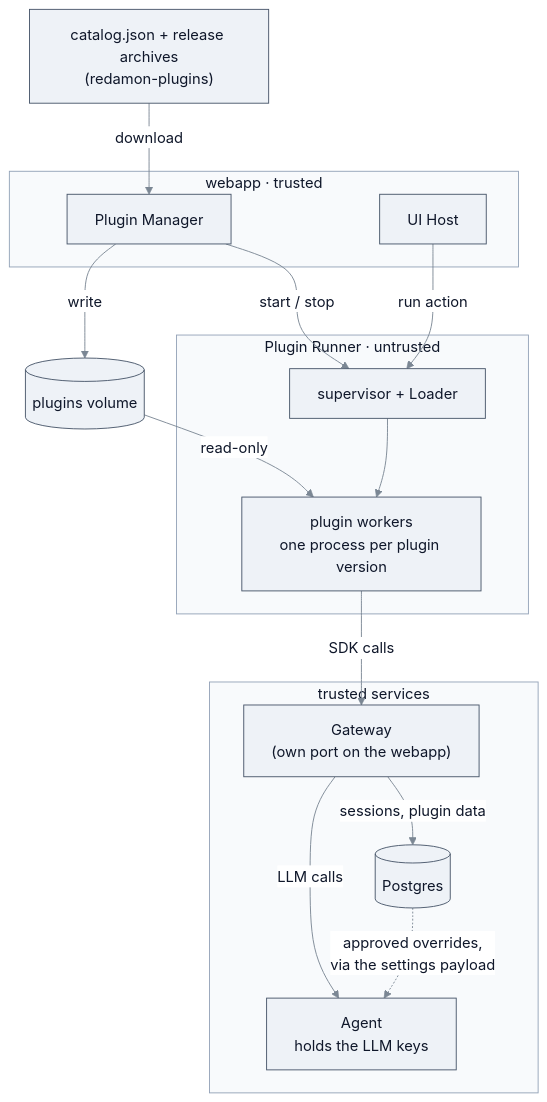
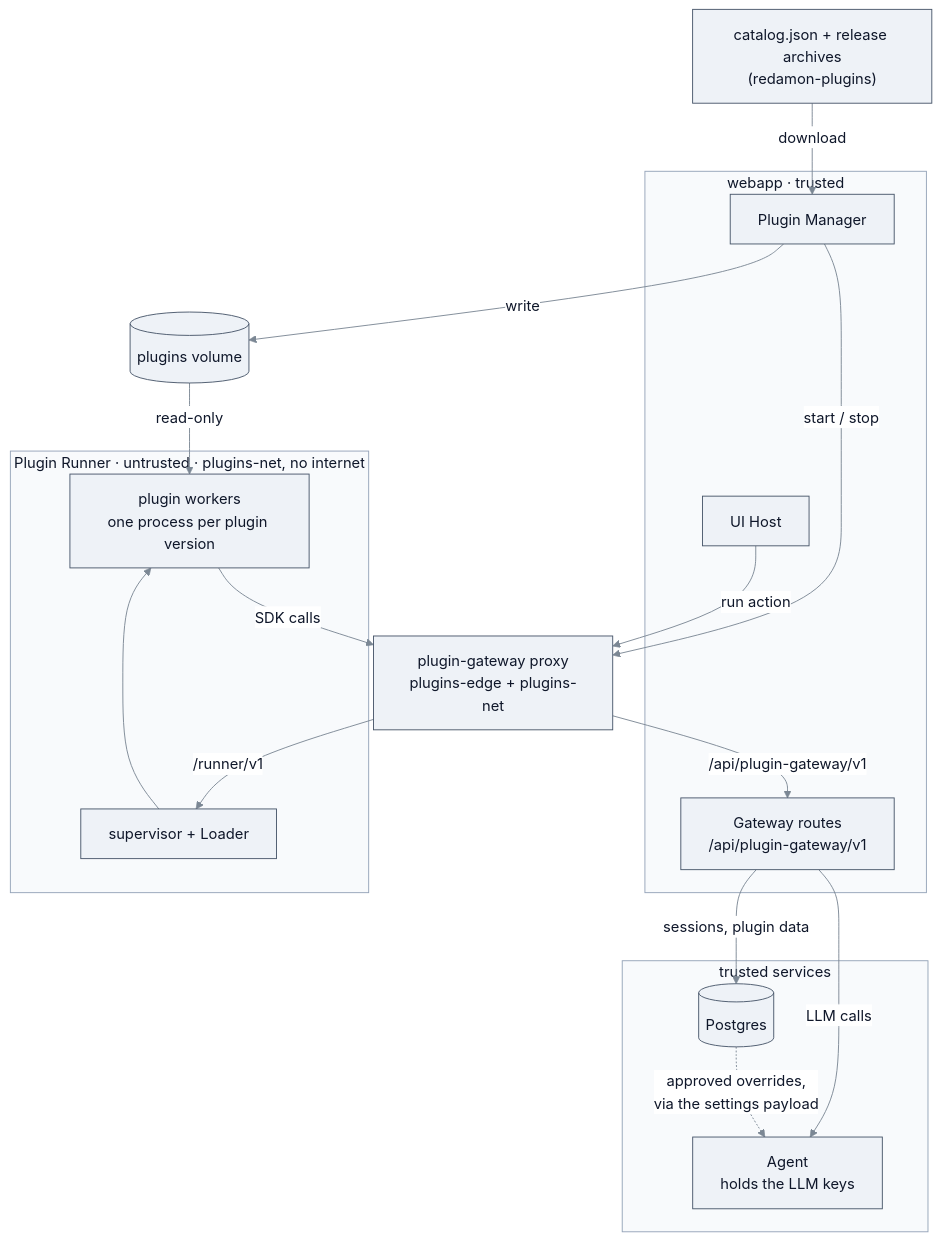
Before and after one commit to EntroVyx/redamon: the third of 16 diagrams in docs/readmes/README.PLUGINS.md, drawn with Mermaid. The commit also changed other lines of this file and 1 other file, not shown here.

First line of the commit message:
docs(plugins): describe the platform as built, with the plugin SDK reference

````diff
--- a/docs/readmes/README.PLUGINS.md
+++ b/docs/readmes/README.PLUGINS.md
@@ -143,34 +145,37 @@
 ```mermaid
 %%{init: {"theme": "base", "themeVariables": {"primaryColor": "#EEF2F7", "primaryTextColor": "#0F172A", "primaryBorderColor": "#475569", "secondaryColor": "#E2E8F0", "tertiaryColor": "#F8FAFC", "lineColor": "#7B8794", "textColor": "#0F172A", "clusterBkg": "#F8FAFC", "clusterBorder": "#94A3B8", "titleColor": "#0F172A", "edgeLabelBackground": "#FFFFFF", "relationLabelBackground": "#FFFFFF", "relationLabelColor": "#0F172A", "attributeBackgroundColorOdd": "#FFFFFF", "attributeBackgroundColorEven": "#F8FAFC", "actorBkg": "#EEF2F7", "actorBorder": "#475569", "actorTextColor": "#0F172A", "actorLineColor": "#7B8794", "signalColor": "#7B8794", "signalTextColor": "#0F172A", "labelBoxBkgColor": "#E2E8F0", "labelBoxBorderColor": "#475569", "labelTextColor": "#0F172A", "loopTextColor": "#0F172A", "noteBkgColor": "#FFF7D6", "noteTextColor": "#0F172A", "noteBorderColor": "#B7A24A", "sequenceNumberColor": "#FFFFFF"}}}%%
 flowchart TB
     CAT["catalog.json + release archives<br/>(redamon-plugins)"]
 
     subgraph WEB["webapp · trusted"]
         PM["Plugin Manager"]
         UIH["UI Host"]
+        GW["Gateway routes<br/>/api/plugin-gateway/v1"]
     end
 
     VOL[("plugins volume")]
+    PX["plugin-gateway proxy<br/>plugins-edge + plugins-net"]
 
-    subgraph RUN["Plugin Runner · untrusted"]
+    subgraph RUN["Plugin Runner · untrusted · plugins-net, no internet"]
         LD["supervisor + Loader"]
         WK["plugin workers<br/>one process per plugin version"]
     end
 
     subgraph CORE["trusted services"]
-        GW["Gateway<br/>(own port on the webapp)"]
         AG["Agent<br/>holds the LLM keys"]
         PG[("Postgres")]
     end
 
     CAT -- "download" --> PM
     PM -- "write" --> VOL
-    PM -- "start / stop" --> LD
-    UIH -- "run action" --> LD
+    PM -- "start / stop" --> PX
+    UIH -- "run action" --> PX
+    PX -- "/runner/v1" --> LD
     VOL -- "read-only" --> WK
     LD --> WK
-    WK -- "SDK calls" --> GW
+    WK -- "SDK calls" --> PX
+    PX -- "/api/plugin-gateway/v1" --> GW
     GW -- "LLM calls" --> AG
     GW -- "sessions, plugin data" --> PG
     PG -. "approved overrides,<br/>via the settings payload" .-> AG
 ```
````
